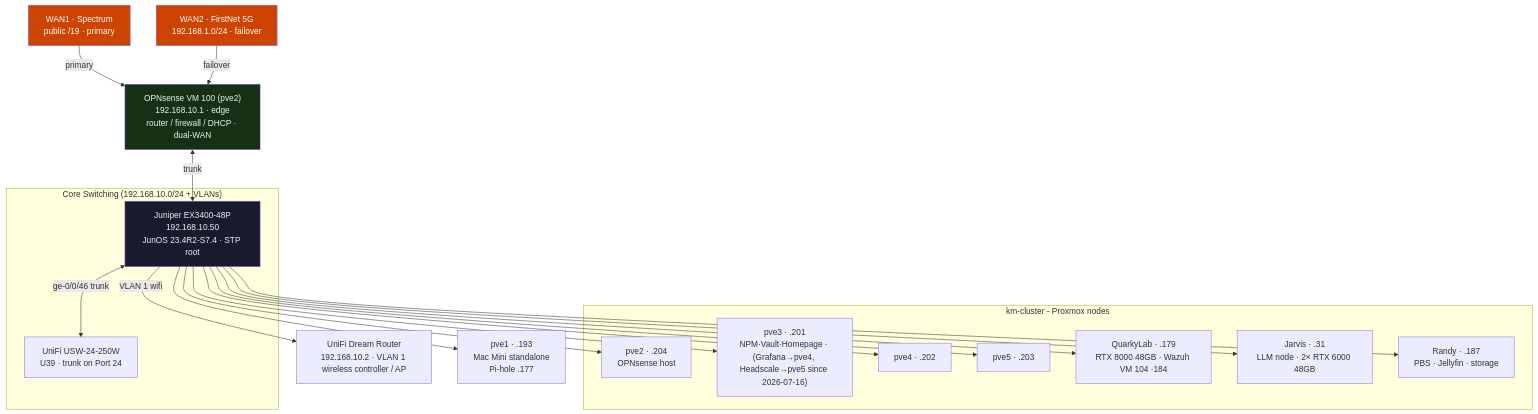
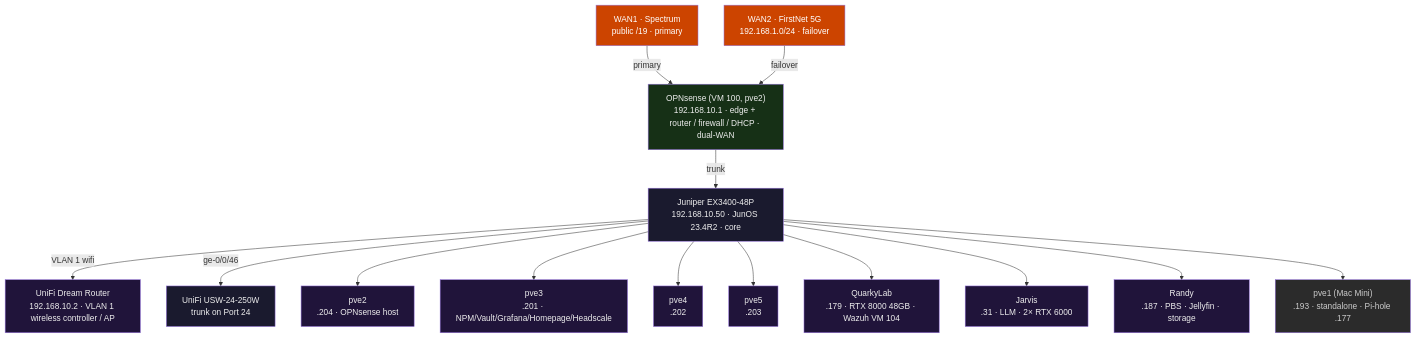
The diagram in docs/infrastructure.md (machismo0311/Home-Lab), drawn with Mermaid before and after one commit. The commit also changed other lines of this file and 2 other files, not shown here.

Commit message:
Surface the engineering record; generate the rendered topology diagram (#46)
The diagram a reader sees was hand-maintained in docs/infrastructure.md while the
generated one in topology/topology.mmd, the copy CI validated, does not render on
GitHub. The two had diverged: 16 nodes against 14, with different identifiers. A
repository arguing that documentation must fail the build was displaying a diagram
the build did not check.

gen_diagram.py now generates both from topology/inventory.yml, and --check verifies
both, so there is one source of truth rather than two maintained copies.

README: replace the persona-sorted Start here table with artifact-oriented
navigation reaching platform engineering, the ADRs, engineering stories, governance,
the release gate and the assessments in one click each. Add an Evidence section
surfacing the gate's first production refusal, which was previously three clicks
deep. Reduce the multi-tenant GPU story from three tellings to two by pointing the
middle one at the detailed section; no engineering content removed.

````diff
--- a/docs/infrastructure.md
+++ b/docs/infrastructure.md
@@ -38,35 +39,42 @@
 ```mermaid
 flowchart TB
-    WAN1["WAN1 · Spectrum<br/>public /19 · primary"] -->|primary| OPN
-    WAN2["WAN2 · FirstNet 5G<br/>192.168.1.0/24 · failover"] -->|failover| OPN
-    OPN["OPNsense VM 100 (pve2)<br/>192.168.10.1 · edge<br/>router / firewall / DHCP · dual-WAN"]
-    OPN <-->|trunk| EX3400
+    wan1["WAN1 · Spectrum<br/>public /19 · primary"]
+    wan2["WAN2 · FirstNet 5G<br/>192.168.1.0/24 · failover"]
+    opnsense["OPNsense (VM 100, pve2)<br/>192.168.10.1 · edge + router / firewall / DHCP · dual-WAN"]
+    udr["UniFi Dream Router<br/>192.168.10.2 · VLAN 1 wireless controller / AP"]
+    ex3400["Juniper EX3400-48P<br/>192.168.10.50 · JunOS 23.4R2 · core"]
+    usw["UniFi USW-24-250W<br/>trunk on Port 24"]
+    pve2["pve2<br/>.204 · OPNsense host"]
+    pve3["pve3<br/>.201 · NPM/Vault/Grafana/Homepage/Headscale"]
+    pve4["pve4<br/>.202"]
+    pve5["pve5<br/>.203"]
+    quarkylab["QuarkyLab<br/>.179 · RTX 8000 48GB · Wazuh VM 104"]
+    jarvis["Jarvis<br/>.31 · LLM · 2× RTX 6000"]
+    randy["Randy<br/>.187 · PBS · Jellyfin · storage"]
+    pve1["pve1 (Mac Mini)<br/>.193 · standalone · Pi-hole .177"]
 
-    subgraph CORE["Core Switching (192.168.10.0/24 + VLANs)"]
-        EX3400["Juniper EX3400-48P<br/>192.168.10.50<br/>JunOS 23.4R2-S7.4 · STP root"]
-        USW["UniFi USW-24-250W<br/>U39 · trunk on Port 24"]
-        EX3400 <-->|ge-0/0/46 trunk| USW
-    end
+    wan1 -->|primary| opnsense
+    wan2 -->|failover| opnsense
+    opnsense -->|trunk| ex3400
+    ex3400 -->|VLAN 1 wifi| udr
+    ex3400 -->|ge-0/0/46| usw
+    ex3400 --> pve2
+    ex3400 --> pve3
+    ex3400 --> pve4
+    ex3400 --> pve5
+    ex3400 --> quarkylab
+    ex3400 --> jarvis
+    ex3400 --> randy
+    ex3400 --> pve1
 
-    UDR["UniFi Dream Router<br/>192.168.10.2 · VLAN 1 wireless controller / AP"]
-    EX3400 -->|VLAN 1 wifi| UDR
-
-    subgraph PVE["km-cluster - Proxmox nodes"]
-        PVE2["pve2 · .204<br/>OPNsense host"]
-        PVE3["pve3 · .201<br/>NPM·Vault·Homepage · (Grafana→pve4, Headscale→pve5 since 2026-07-16)"]
-        PVE4["pve4 · .202"]
-        PVE5["pve5 · .203"]
-        QUARK["QuarkyLab · .179<br/>RTX 8000 48GB · Wazuh VM 104 ·184"]
-        JARVIS["Jarvis · .31<br/>LLM node · 2× RTX 6000 48GB"]
-        RANDY["Randy · .187<br/>PBS · Jellyfin · storage"]
-    end
-
-    PVE1["pve1 · .193<br/>Mac Mini standalone<br/>Pi-hole .177"]
-
-    EX3400 --> PVE2 & PVE3 & PVE4 & PVE5 & QUARK & JARVIS & RANDY & PVE1
-
-    style WAN1 fill:#cc4400,color:#fff
-    style WAN2 fill:#cc4400,color:#fff
-    style OPN fill:#163016,color:#eee
-    style EX3400 fill:#1a1a2e,color:#eee
+    classDef edge fill:#cc4400,color:#fff
+    classDef firewall fill:#163016,color:#eee
+    classDef switch fill:#1a1a2e,color:#eee
+    classDef node fill:#20143a,color:#eee
+    classDef standalone fill:#2b2b2b,color:#cccccc
+    class wan1,wan2 edge
+    class opnsense firewall
+    class udr,pve2,pve3,pve4,pve5,quarkylab,jarvis,randy node
+    class ex3400,usw switch
+    class pve1 standalone
 ```
````
